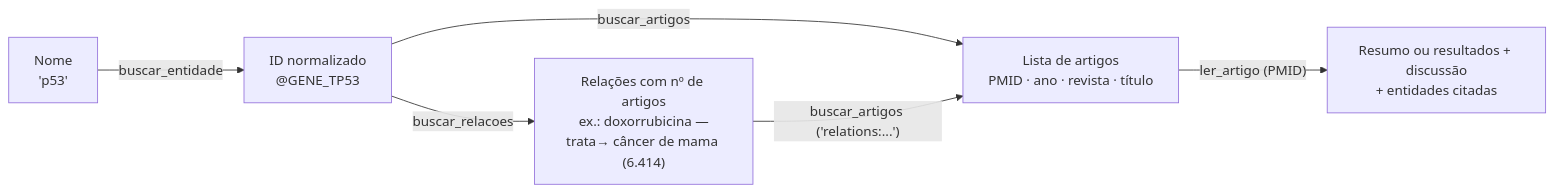
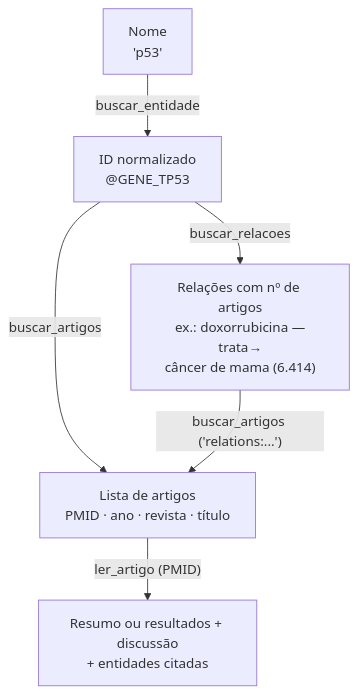
Before and after one commit to GuilhermeFusari/mcp-research-agent: the third of 3 diagrams in README.md, drawn with Mermaid.

Commit message:
README: diagrama da literatura na vertical (legibilidade)

````diff
--- a/README.md
+++ b/README.md
@@ -127,8 +127,8 @@
 ```mermaid
-flowchart LR
+flowchart TB
     N["Nome<br/>'p53'"] -->|buscar_entidade| ID["ID normalizado<br/>@GENE_TP53"]
     ID -->|buscar_artigos| L["Lista de artigos<br/>PMID · ano · revista · título"]
     L -->|"ler_artigo (PMID)"| A["Resumo ou resultados + discussão<br/>+ entidades citadas"]
-    ID -->|buscar_relacoes| R["Relações com nº de artigos<br/>ex.: doxorrubicina —trata→ câncer de mama (6.414)"]
+    ID -->|buscar_relacoes| R["Relações com nº de artigos<br/>ex.: doxorrubicina —trata→<br/>câncer de mama (6.414)"]
     R -->|"buscar_artigos ('relations:...')"| L
 ```
````
